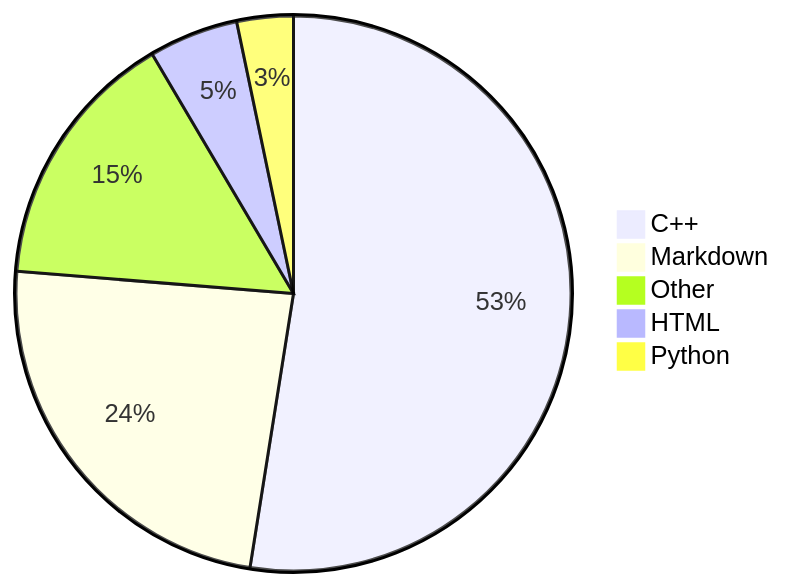
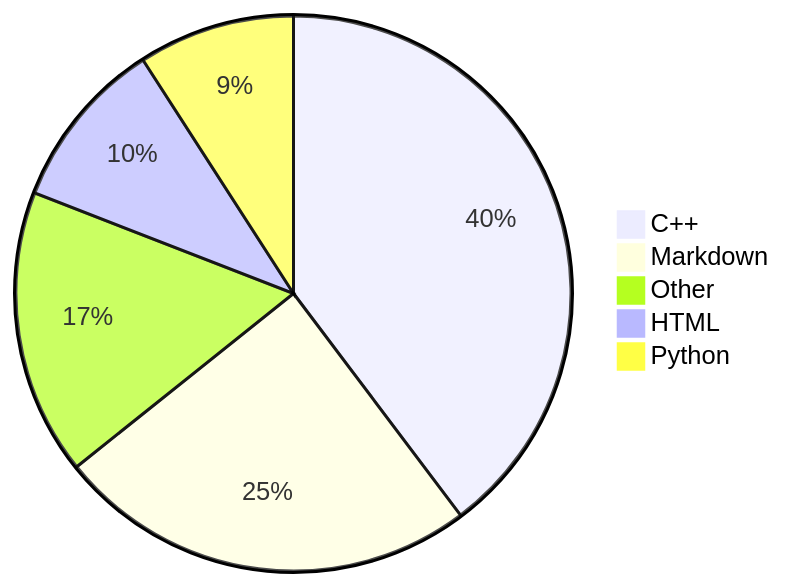
Before and after one commit to Alicia111/alicia111: the diagram in README.md, drawn with Mermaid.

Commit message:
Update WakaTime stats (・ω・)b

````diff
--- a/README.md
+++ b/README.md
@@ -32,8 +32,8 @@
 ```mermaid
 pie
-    "C++" : 51.66
-    "Markdown" : 23.39
-    "Other" : 14.99
-    "HTML" : 5.12
-    "Python" : 3.23
+    "C++" : 38.41
+    "Markdown" : 23.73
+    "Other" : 16.08
+    "HTML" : 9.66
+    "Python" : 8.81
 ```
````
